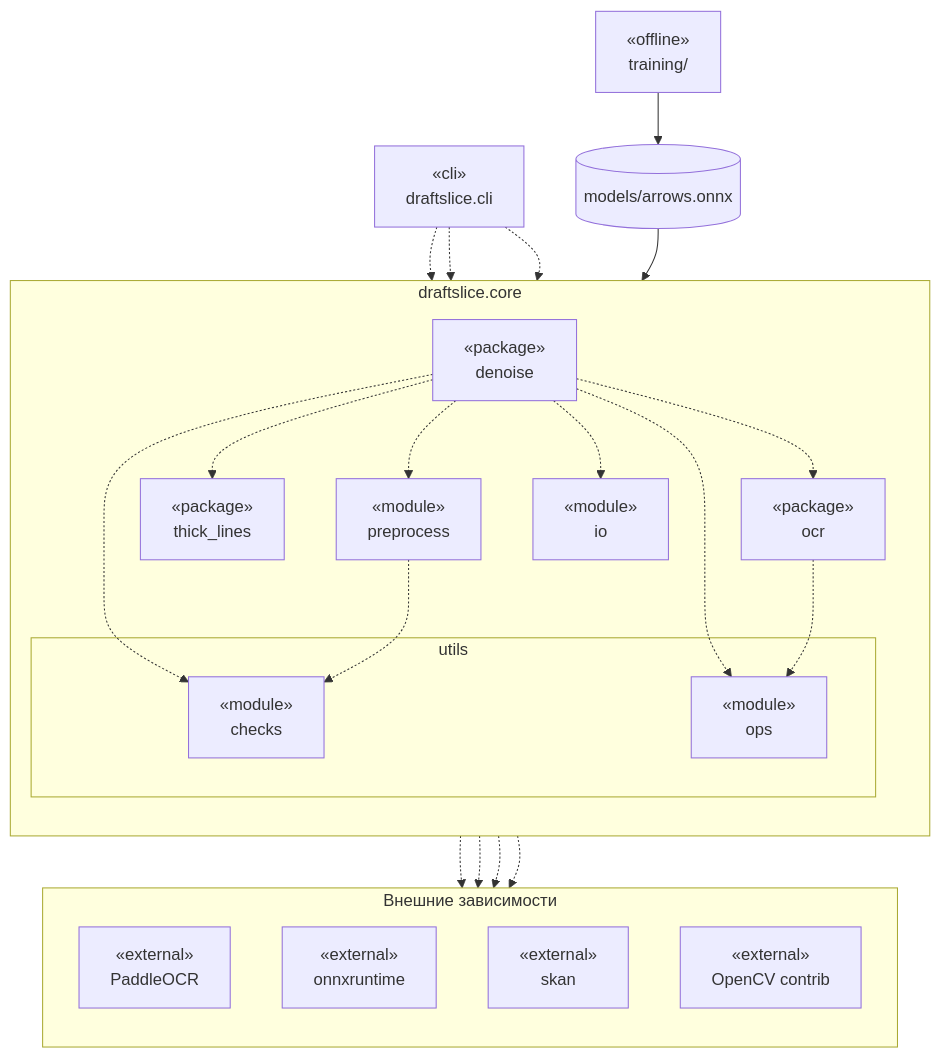
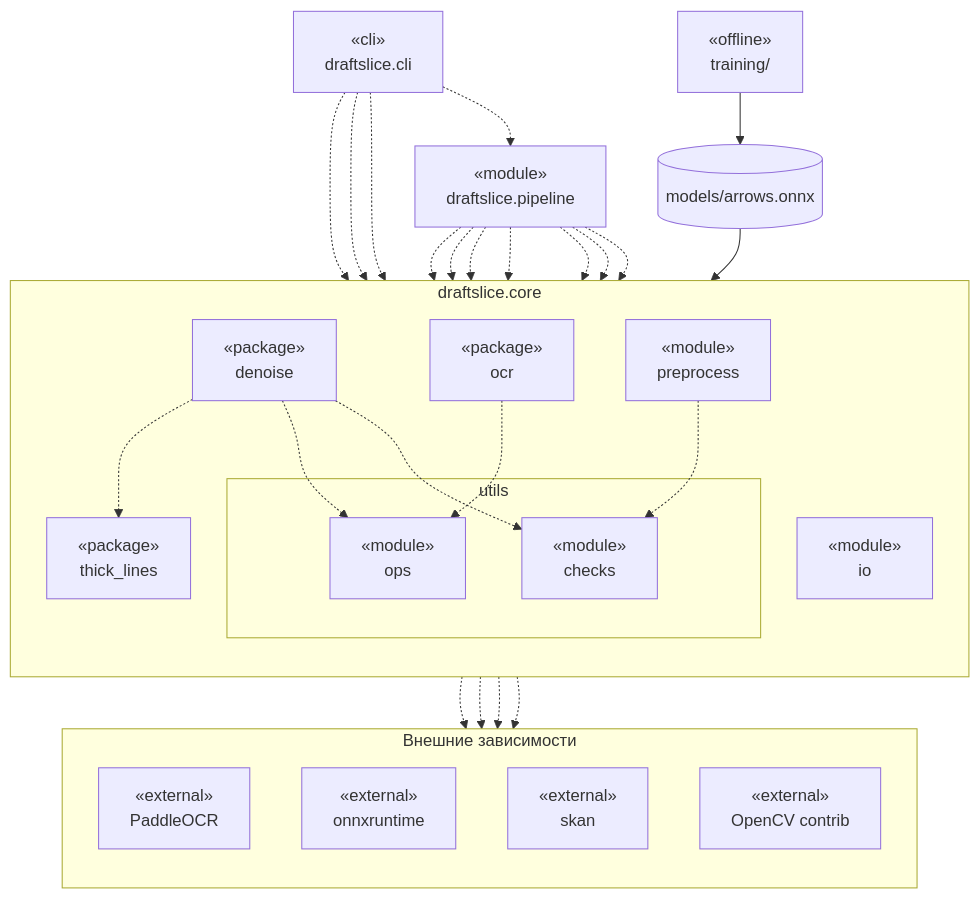
The first of 3 diagrams in docs/architecture/ARCHITECTURE.md (SergeyKrasnoslobodtsev/draftslice), drawn with Mermaid before and after one commit. The commit also changed other lines of this file and 2 other files, not shown here.

````diff
--- a/docs/architecture/ARCHITECTURE.md
+++ b/docs/architecture/ARCHITECTURE.md
@@ -12,46 +12,52 @@
 ```mermaid
 flowchart TB
     cli["«cli»<br/>draftslice.cli"]
+    pipe["«module»<br/>draftslice.pipeline"]
 
     subgraph core["draftslice.core"]
         direction TB
         denoise["«package»<br/>denoise"]
         ocr["«package»<br/>ocr"]
         thick_lines["«package»<br/>thick_lines"]
         preprocess["«module»<br/>preprocess"]
         io["«module»<br/>io"]
         subgraph utils["utils"]
             checks["«module»<br/>checks"]
             ops["«module»<br/>ops"]
         end
     end
 
     subgraph ext["Внешние зависимости"]
         direction TB
         paddle["«external»<br/>PaddleOCR"]
         ort["«external»<br/>onnxruntime"]
         skan["«external»<br/>skan"]
         cv["«external»<br/>OpenCV contrib"]
     end
 
     train["«offline»<br/>training/"]
     onnx[("models/arrows.onnx")]
 
+    cli -.-> pipe
     cli -.-> denoise
     cli -.-> ocr
     cli -.-> io
-    denoise -.-> ocr
+    pipe -.-> ocr
+    pipe -.-> preprocess
+    pipe -.-> thick_lines
+    pipe -.-> denoise
+    pipe -.-> io
+    pipe -.-> ops
+    pipe -.-> checks
     denoise -.-> thick_lines
-    denoise -.-> preprocess
-    denoise -.-> io
     denoise -.-> ops
     denoise -.-> checks
     ocr -.-> ops
     preprocess -.-> checks
     ocr -.-> paddle
     denoise -.-> ort
     thick_lines -.-> skan
     preprocess -.-> cv
     train --> onnx
     onnx --> denoise
 ```
````
